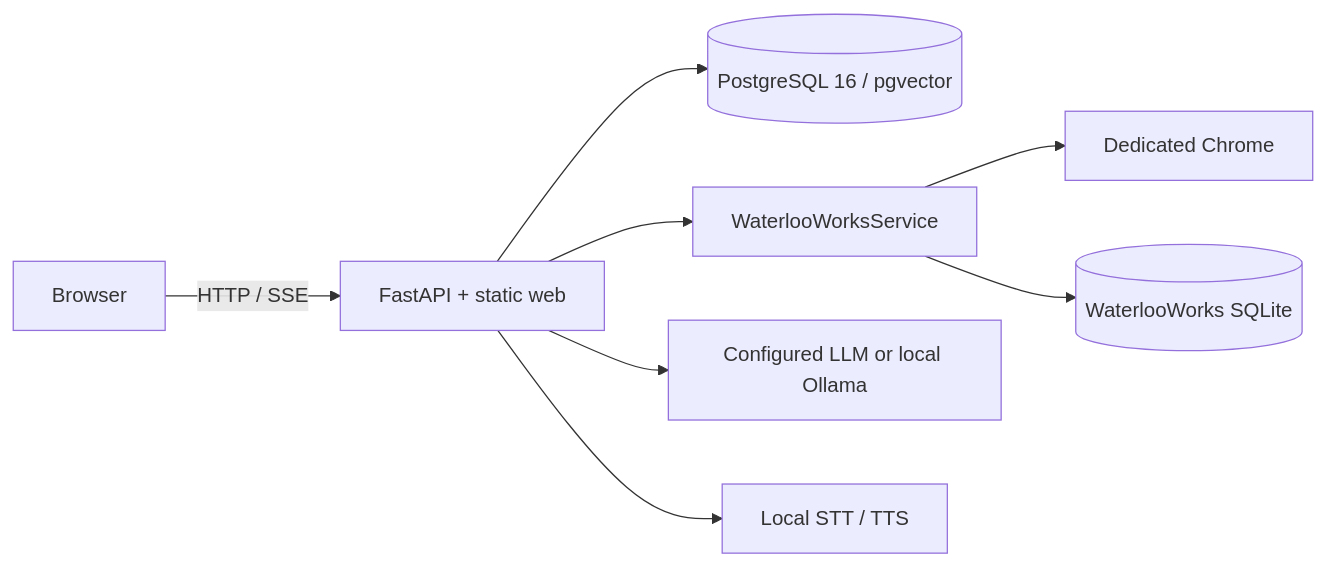
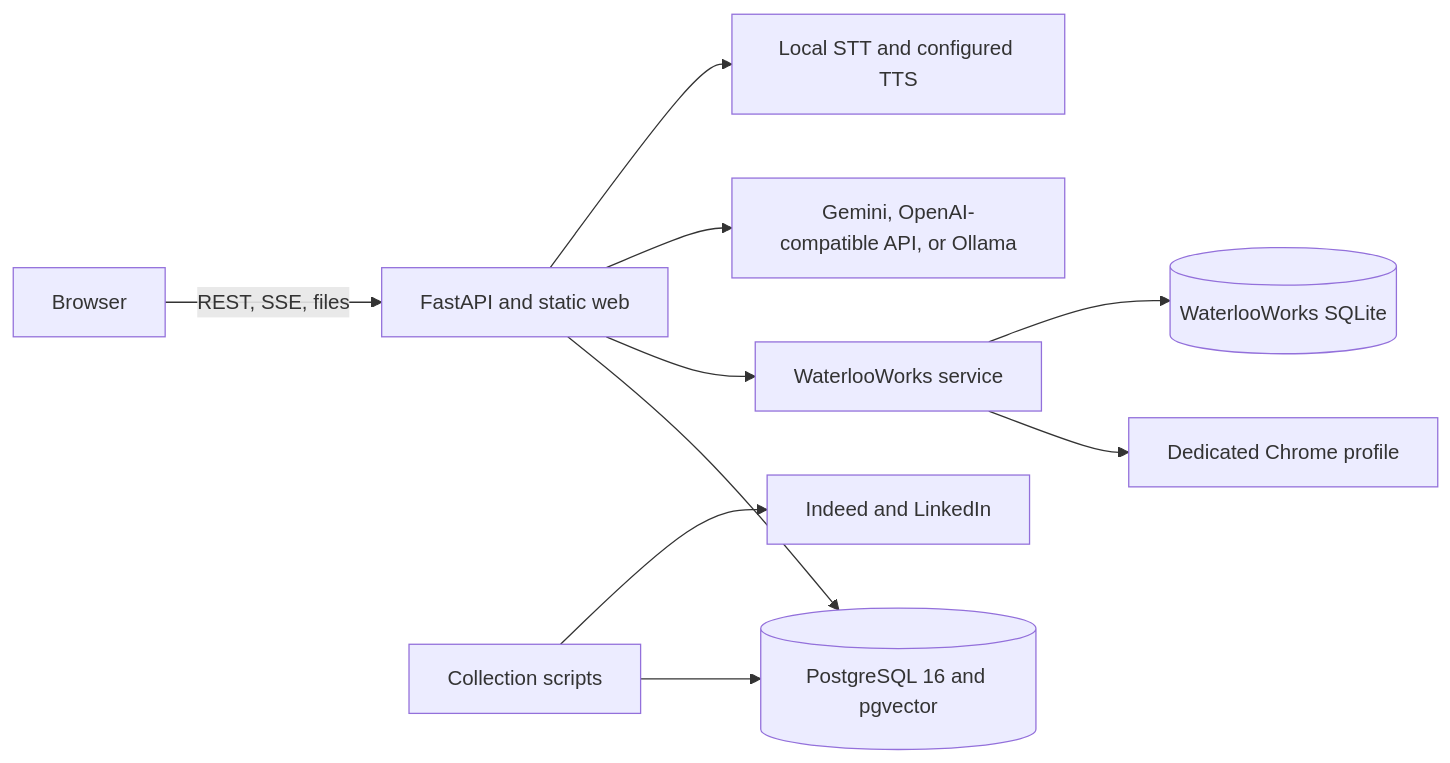
The first of 9 diagrams in docs/TECHNICAL_DOCUMENTATION.md (KaiusJin/WeCanFindIntern), drawn with Mermaid before and after one commit. The commit also changed other lines of this file and 17 other files, not shown here.

````diff
--- a/docs/TECHNICAL_DOCUMENTATION.md
+++ b/docs/TECHNICAL_DOCUMENTATION.md
@@ -69,10 +73,12 @@
 ```mermaid
 flowchart LR
-    U[Browser] -->|HTTP / SSE| A[FastAPI + static web]
-    A --> P[(PostgreSQL 16 / pgvector)]
-    A --> W[WaterlooWorksService]
-    W --> C[Dedicated Chrome]
+    U[Browser] -->|REST, SSE, files| A[FastAPI and static web]
+    A --> P[(PostgreSQL 16 and pgvector)]
+    A --> W[WaterlooWorks service]
+    W --> C[Dedicated Chrome profile]
     W --> S[(WaterlooWorks SQLite)]
-    A --> L[Configured LLM or local Ollama]
-    A --> T[Local STT / TTS]
+    A --> L[Gemini, OpenAI-compatible API, or Ollama]
+    A --> M[Local STT and configured TTS]
+    J[Collection scripts] --> P
+    J --> X[Indeed and LinkedIn]
 ```
````
